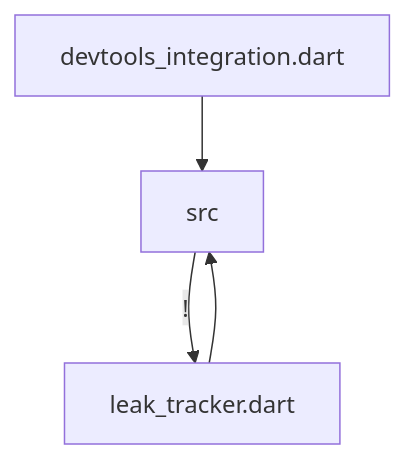
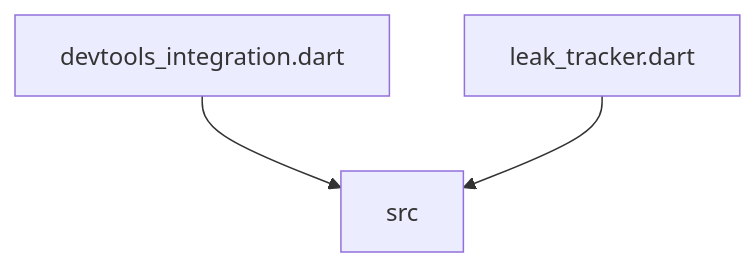
Before and after one commit to dart-lang/leak_tracker: the diagram in lib/DEPENDENCIES.md, drawn with Mermaid. The commit also changed 1 other file, not shown here.

````diff
--- a/lib/DEPENDENCIES.md
+++ b/lib/DEPENDENCIES.md
@@ -6,6 +6,5 @@
 ```mermaid
 flowchart TD;
 devtools_integration.dart-->src;
 leak_tracker.dart-->src;
-src--!-->leak_tracker.dart;
 ```
````
